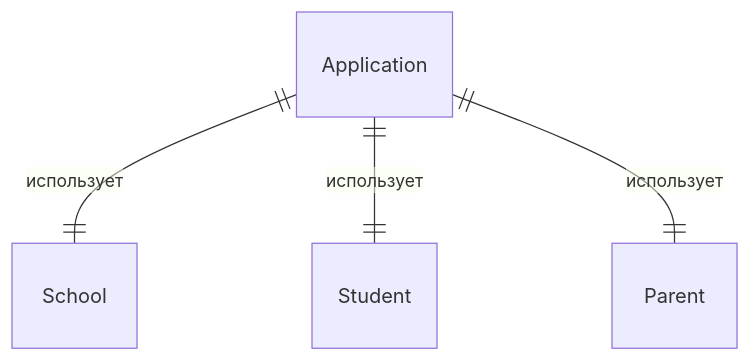
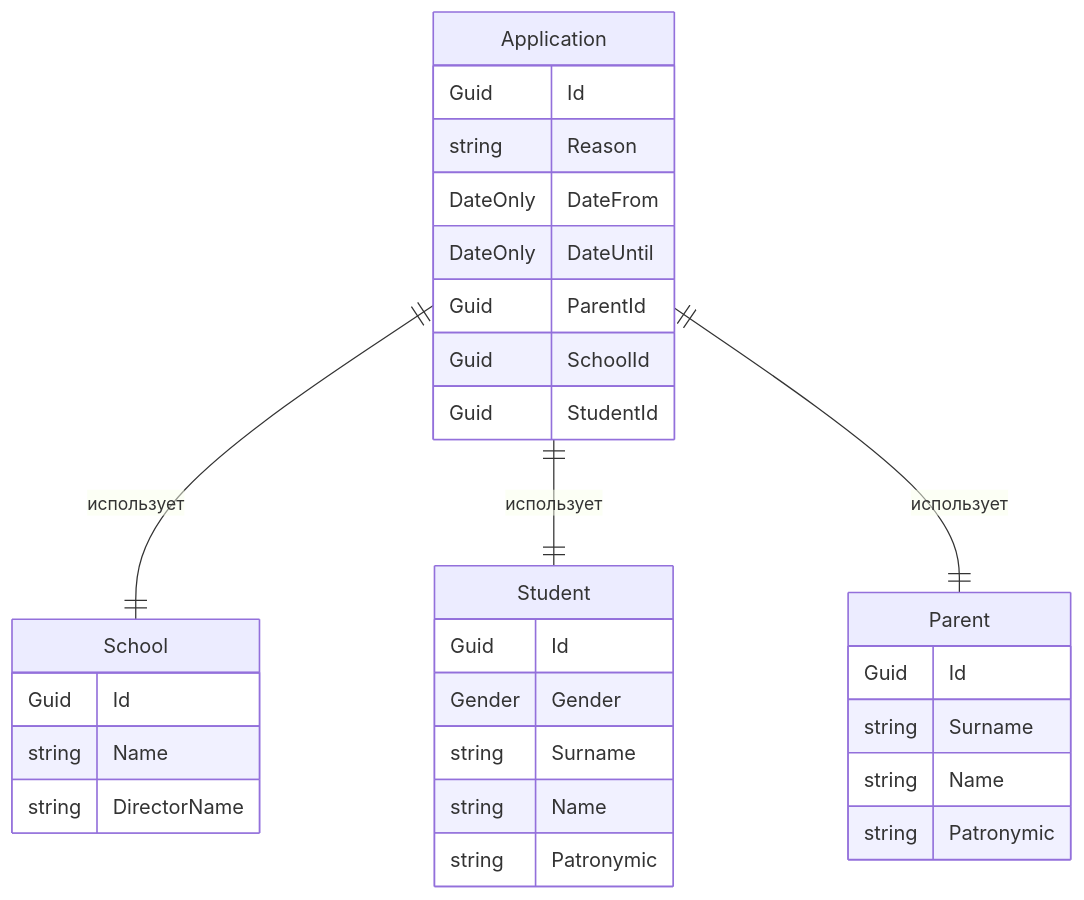
Before and after one commit to 88B8/SchoolApplication: the diagram in README.md, drawn with Mermaid. The commit also changed other lines of this file, not shown here.

````diff
--- a/README.md
+++ b/README.md
@@ -4,6 +4,37 @@
 ```mermaid
 erDiagram
     Application ||--|| School: использует
     Application ||--|| Student: использует
     Application ||--|| Parent: использует
+
+    Application {
+        Guid Id
+        string Reason
+        DateOnly DateFrom
+        DateOnly DateUntil
+        Guid ParentId
+        Guid SchoolId
+        Guid StudentId
+    }
+
+    Student {
+        Guid Id
+        Gender Gender
+        string Surname
+        string Name
+        string Patronymic
+    }
+
+    School {
+        Guid Id
+        string Name
+        string DirectorName
+    }
+
+    Parent {
+        Guid Id
+        string Surname
+        string Name
+        string Patronymic
+    }
 ```
````
